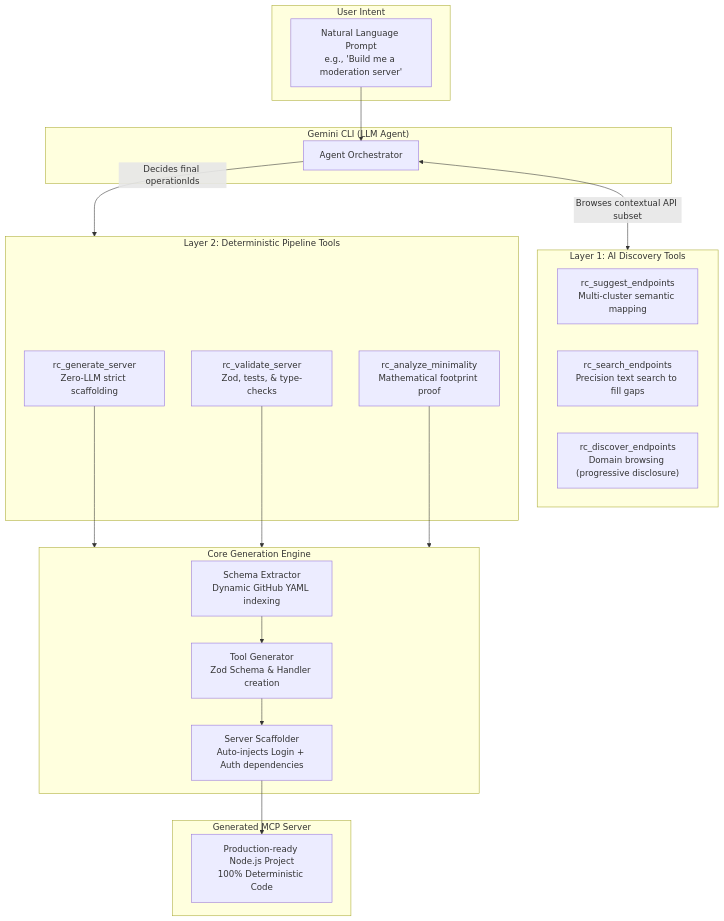
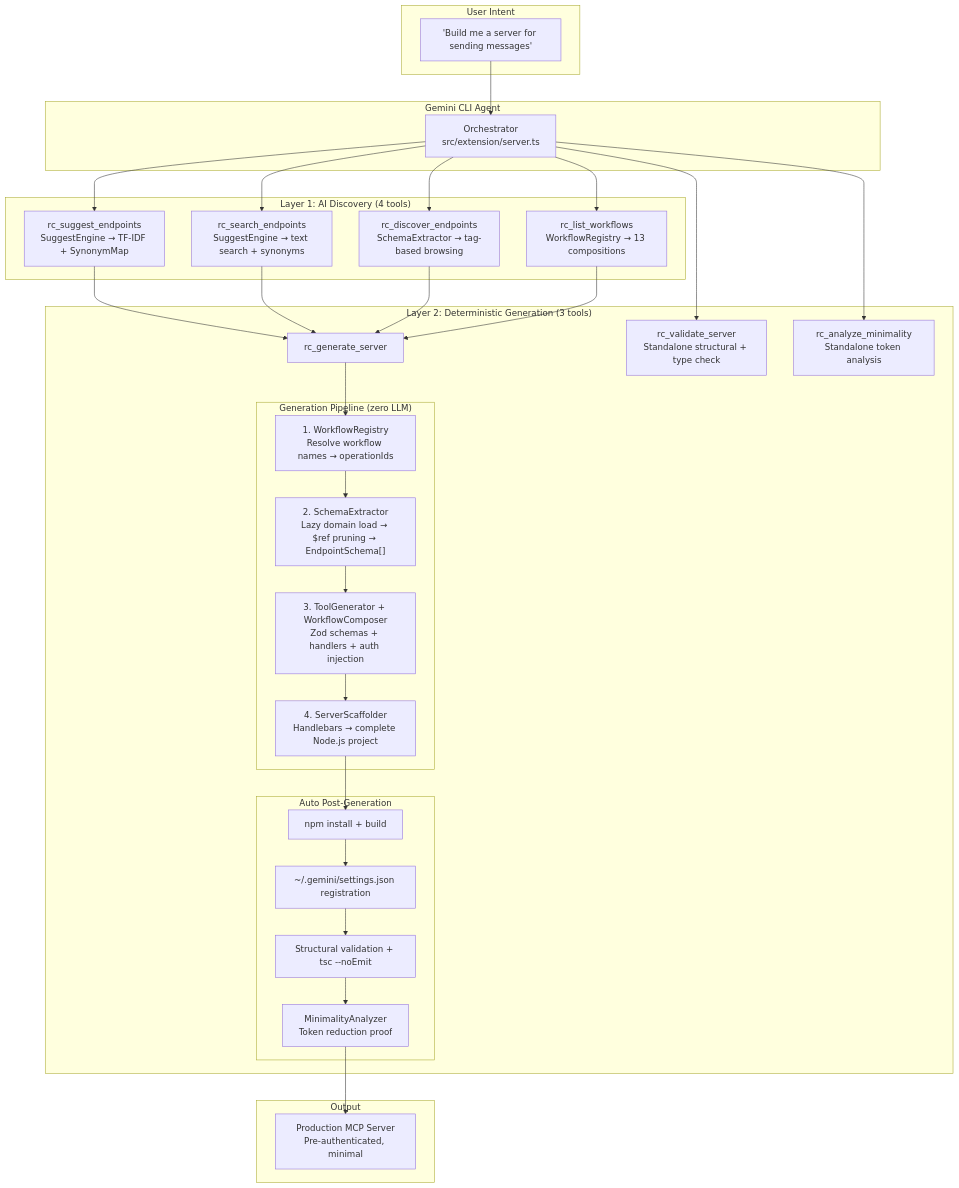
The diagram in README.md (thekishandev/MCP-Server-Generator), drawn with Mermaid before and after one commit. The commit also changed other lines of this file and 110 other files, not shown here.

First line of the commit message:
feat(core): add workflow composition layer and registry

````diff
--- a/README.md
+++ b/README.md
@@ -54,43 +63,49 @@
 ```mermaid
 flowchart TB
     subgraph USER["User Intent"]
-        I["Natural Language Prompt\ne.g., 'Build me a moderation server'"]
+        I["'Build me a server for sending messages'"]
     end
 
-    subgraph AGENT["Gemini CLI (LLM Agent)"]
-        O["Agent Orchestrator"]
+    subgraph AGENT["Gemini CLI Agent"]
+        O["Orchestrator\nsrc/extension/server.ts"]
     end
 
-    subgraph DISCOVERY["Layer 1: AI Discovery Tools"]
-        S["rc_suggest_endpoints\nMulti-cluster semantic mapping"]
-        F["rc_search_endpoints\nPrecision text search to fill gaps"]
-        D["rc_discover_endpoints\nDomain browsing (progressive disclosure)"]
+    subgraph L1["Layer 1: AI Discovery (4 tools)"]
+        S["rc_suggest_endpoints\nSuggestEngine → TF-IDF + SynonymMap"]
+        SE["rc_search_endpoints\nSuggestEngine → text search + synonyms"]
+        D["rc_discover_endpoints\nSchemaExtractor → tag-based browsing"]
+        W["rc_list_workflows\nWorkflowRegistry → 13 compositions"]
     end
 
-    subgraph PIPELINE["Layer 2: Deterministic Pipeline Tools"]
-        G["rc_generate_server\nZero-LLM strict scaffolding"]
-        V["rc_validate_server\nZod, tests, & type-checks"]
-        A["rc_analyze_minimality\nMathematical footprint proof"]
+    subgraph L2["Layer 2: Deterministic Generation (3 tools)"]
+        G["rc_generate_server"]
+        subgraph PIPE["Generation Pipeline (zero LLM)"]
+            P1["1. WorkflowRegistry\nResolve workflow names → operationIds"]
+            P2["2. SchemaExtractor\nLazy domain load → $ref pruning → EndpointSchema[]"]
+            P3["3. ToolGenerator + WorkflowComposer\nZod schemas + handlers + auth injection"]
+            P4["4. ServerScaffolder\nHandlebars → complete Node.js project"]
+        end
+        subgraph POST["Auto Post-Generation"]
+            P5["npm install + build"]
+            P6["~/.gemini/settings.json registration"]
+            P7["Structural validation + tsc --noEmit"]
+            P8["MinimalityAnalyzer\nToken reduction proof"]
+        end
+        V["rc_validate_server\nStandalone structural + type check"]
+        A["rc_analyze_minimality\nStandalone token analysis"]
     end
 
-    subgraph ENGINE["Core Generation Engine"]
-        SE["Schema Extractor\nDynamic GitHub YAML indexing"]
-        TG["Tool Generator\nZod Schema & Handler creation"]
-        SS["Server Scaffolder\nAuto-injects Login + Auth dependencies"]
-    end
-
-    subgraph OUTPUT["Generated MCP Server"]
-        SRV["Production-ready Node.js Project\n100% Deterministic Code"]
+    subgraph OUT["Output"]
+        SRV["Production MCP Server\nPre-authenticated, minimal"]
     end
 
     I --> O
-    O <-->|Browses contextual API subset| DISCOVERY
-    O -->|Decides final operationIds| PIPELINE
+    O --> S & SE & D & W
 
-    G --> ENGINE
-    V --> ENGINE
-    A --> ENGINE
+    S & SE & D & W --> G
 
-    SE --> TG --> SS
-    SS --> SRV
+    G --> P1 --> P2 --> P3 --> P4 --> P5 --> P6 --> P7 --> P8 --> SRV
+
+    O --> V
+    O --> A
 ```
````
